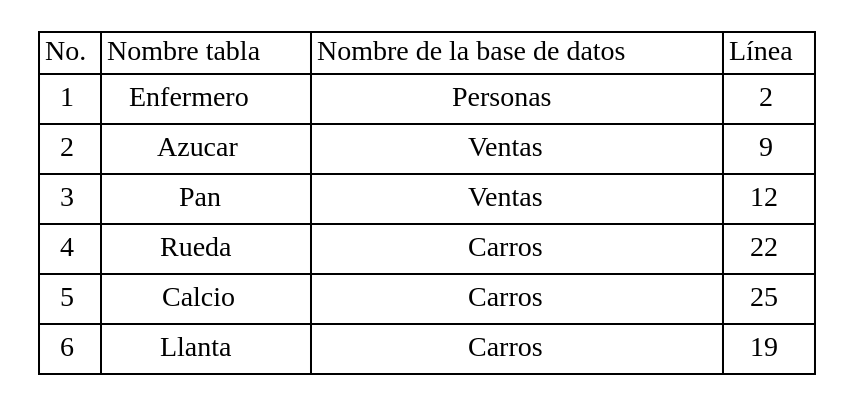
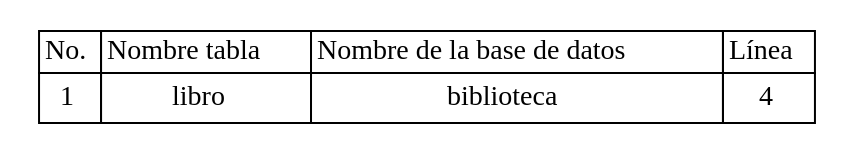
One commit to Jodyannre/COMPI2_proyecto1_2022 changed the diagram in Back/Web/tablas/tablas.dot. Above: the diagram before and after it, drawn with Graphviz. The commit also changed 37 other files, not shown here.

```diff
--- a/Back/Web/tablas/tablas.dot
+++ b/Back/Web/tablas/tablas.dot
@@ -1,87 +1,27 @@
 
 	digraph {
 		tablaSimbolos [
 		  shape=plaintext
 		  label=<
 			<table border='0' cellborder='1' color='black' cellspacing='0'>
 			  <tr>
 				  <td>No.</td>
 				  <td>Nombre tabla</td>
 				  <td>Nombre de la base de datos</td>
 				  <td>Línea</td>
 			  </tr>
 <tr>
 <td cellpadding='4'>
 1
 </td>
-<td cellpadding='4'>Enfermero
+<td cellpadding='4'>libro
 </td>
-<td cellpadding='4'>Personas
+<td cellpadding='4'>biblioteca
 </td>
-<td cellpadding='4'>2
-</td>
-</tr>
-
-<tr>
-<td cellpadding='4'>
-2
-</td>
-<td cellpadding='4'>Azucar
-</td>
-<td cellpadding='4'>Ventas
-</td>
-<td cellpadding='4'>9
-</td>
-</tr>
-
-<tr>
-<td cellpadding='4'>
-3
-</td>
-<td cellpadding='4'>Pan
-</td>
-<td cellpadding='4'>Ventas
-</td>
-<td cellpadding='4'>12
-</td>
-</tr>
-
-<tr>
-<td cellpadding='4'>
-4
-</td>
-<td cellpadding='4'>Rueda
-</td>
-<td cellpadding='4'>Carros
-</td>
-<td cellpadding='4'>22
-</td>
-</tr>
-
-<tr>
-<td cellpadding='4'>
-5
-</td>
-<td cellpadding='4'>Calcio
-</td>
-<td cellpadding='4'>Carros
-</td>
-<td cellpadding='4'>25
-</td>
-</tr>
-
-<tr>
-<td cellpadding='4'>
-6
-</td>
-<td cellpadding='4'>Llanta
-</td>
-<td cellpadding='4'>Carros
-</td>
-<td cellpadding='4'>19
+<td cellpadding='4'>4
 </td>
 </tr>
 
 		</table>
 		>];
 	}
```
